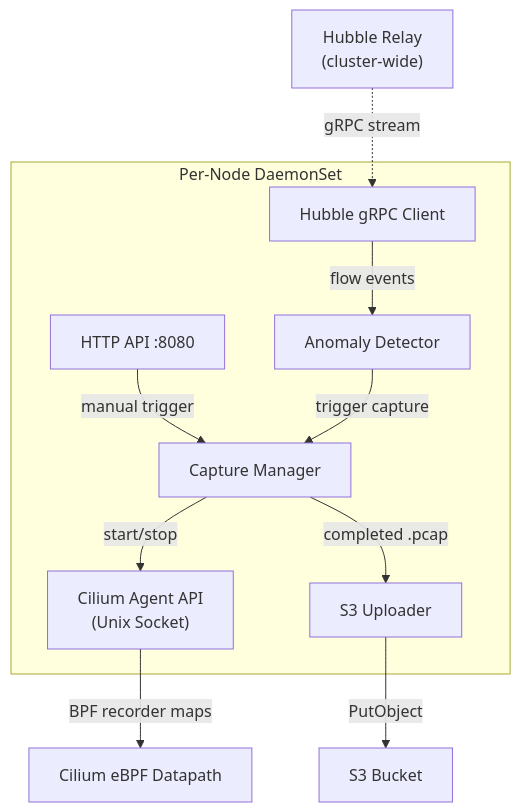
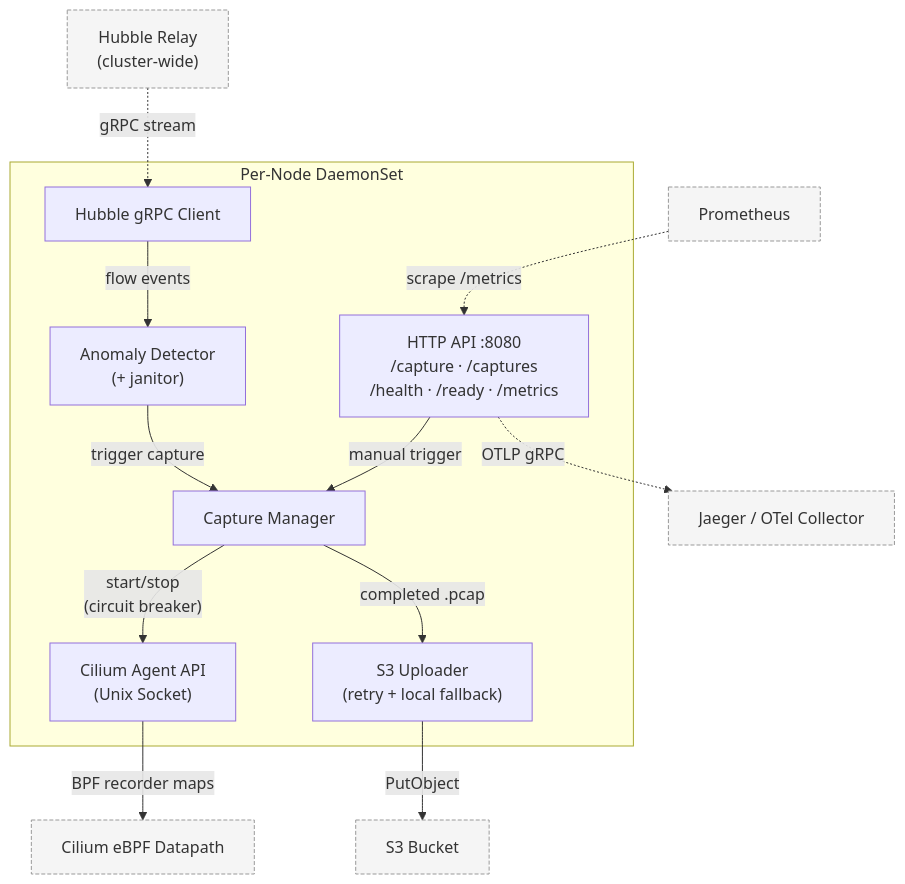
The diagram in README.md (vperez237/cilium-flight-recorder), drawn with Mermaid before and after one commit.

Commit message:
Added observability layer to graph

````diff
--- a/README.md
+++ b/README.md
@@ -7,14 +7,20 @@
 ```mermaid
 flowchart TB
     subgraph eachNode [Per-Node DaemonSet]
-        HubbleClient["Hubble gRPC Client"] -->|"flow events"| Detector["Anomaly Detector"]
-        ManualAPI["HTTP API :8080"] -->|"manual trigger"| CaptureManager
+        HubbleClient["Hubble gRPC Client"] -->|"flow events"| Detector["Anomaly Detector<br/>(+ janitor)"]
+        HTTPAPI["HTTP API :8080<br/>/capture · /captures<br/>/health · /ready · /metrics"] -->|"manual trigger"| CaptureManager
         Detector -->|"trigger capture"| CaptureManager["Capture Manager"]
-        CaptureManager -->|"start/stop"| CiliumAPI["Cilium Agent API\n(Unix Socket)"]
-        CaptureManager -->|"completed .pcap"| Uploader["S3 Uploader"]
+        CaptureManager -->|"start/stop<br/>(circuit breaker)"| CiliumAPI["Cilium Agent API<br/>(Unix Socket)"]
+        CaptureManager -->|"completed .pcap"| Uploader["S3 Uploader<br/>(retry + local fallback)"]
     end
 
-    HubbleRelay["Hubble Relay\n(cluster-wide)"] -.->|"gRPC stream"| HubbleClient
+    HubbleRelay["Hubble Relay<br/>(cluster-wide)"] -.->|"gRPC stream"| HubbleClient
     CiliumAPI -->|"BPF recorder maps"| Datapath["Cilium eBPF Datapath"]
     Uploader -->|"PutObject"| S3["S3 Bucket"]
+
+    Prom["Prometheus"] -.->|"scrape /metrics"| HTTPAPI
+    HTTPAPI -.->|"OTLP gRPC"| Otel["Jaeger / OTel Collector"]
+
+    classDef external fill:#f5f5f5,stroke:#999,stroke-dasharray:4 2;
+    class HubbleRelay,Prom,Otel,S3,Datapath external;
 ```
````
